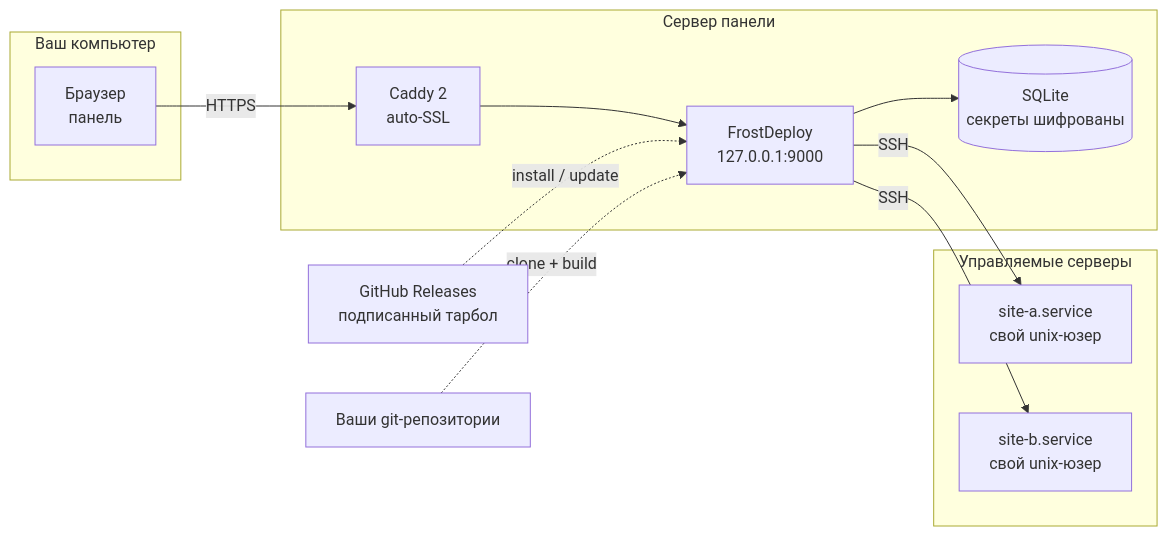
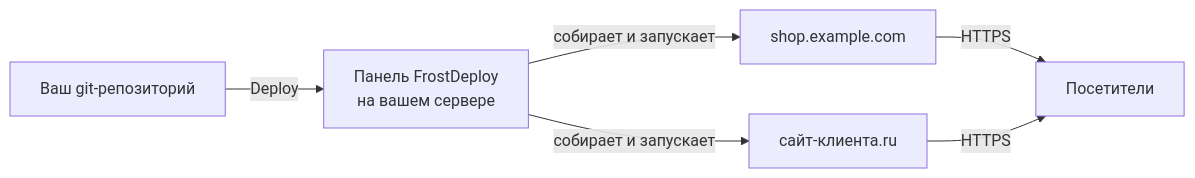
Before and after one commit to ARTFROST1/FreimDeploy: the first of 2 diagrams in README.ru.md, drawn with Mermaid. The commit also changed other lines of this file and 5 other files, not shown here.

````diff
--- a/README.ru.md
+++ b/README.ru.md
@@ -160,25 +187,8 @@
 ```mermaid
 flowchart LR
-    subgraph you["Ваш компьютер"]
-        B["Браузер<br/>панель"]
-    end
-
-    subgraph panel["Сервер панели"]
-        C["Caddy 2<br/>auto-SSL"]
-        P["FrostDeploy<br/>127.0.0.1:9000"]
-        D[("SQLite<br/>секреты шифрованы")]
-        C --> P
-        P --> D
-    end
-
-    subgraph targets["Управляемые серверы"]
-        S1["site-a.service<br/>свой unix-юзер"]
-        S2["site-b.service<br/>свой unix-юзер"]
-    end
-
-    B -->|HTTPS| C
-    P -->|SSH| S1
-    P -->|SSH| S2
-    R["GitHub Releases<br/>подписанный тарбол"] -.->|install / update| P
-    G["Ваши git-репозитории"] -.->|clone + build| P
+    G["Ваш git-репозиторий"] -->|Deploy| P["Панель FrostDeploy<br/>на вашем сервере"]
+    P -->|собирает и запускает| S1["shop.example.com"]
+    P -->|собирает и запускает| S2["сайт-клиента.ru"]
+    S1 -->|HTTPS| V["Посетители"]
+    S2 -->|HTTPS| V
 ```
````
